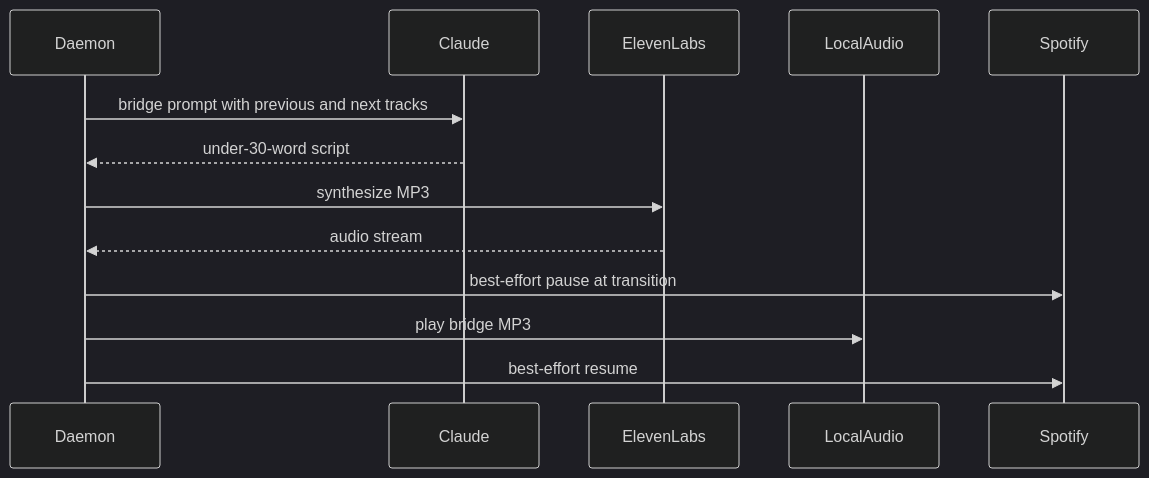
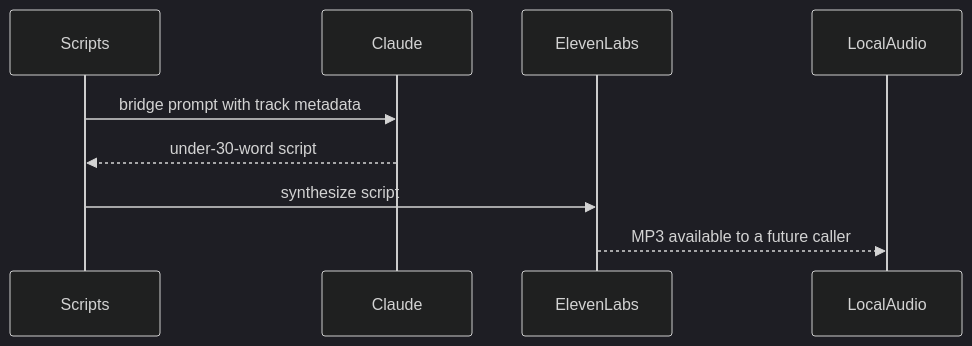
The diagram in wiki/concepts/optional-narration.md (AdamPSU/agent-dj), drawn with Mermaid (dark theme) before and after one commit. The commit also changed other lines of this file and 19 other files, not shown here.

````diff
--- a/wiki/concepts/optional-narration.md
+++ b/wiki/concepts/optional-narration.md
@@ -12,15 +12,11 @@
 ```mermaid
 sequenceDiagram
-    participant Daemon
+    participant Scripts
     participant Claude
     participant ElevenLabs
     participant LocalAudio
-    participant Spotify
-    Daemon->>Claude: bridge prompt with previous and next tracks
-    Claude-->>Daemon: under-30-word script
-    Daemon->>ElevenLabs: synthesize MP3
-    ElevenLabs-->>Daemon: audio stream
-    Daemon->>Spotify: best-effort pause at transition
-    Daemon->>LocalAudio: play bridge MP3
-    Daemon->>Spotify: best-effort resume
+    Scripts->>Claude: bridge prompt with track metadata
+    Claude-->>Scripts: under-30-word script
+    Scripts->>ElevenLabs: synthesize script
+    ElevenLabs-->>LocalAudio: MP3 available to a future caller
 ```
````
